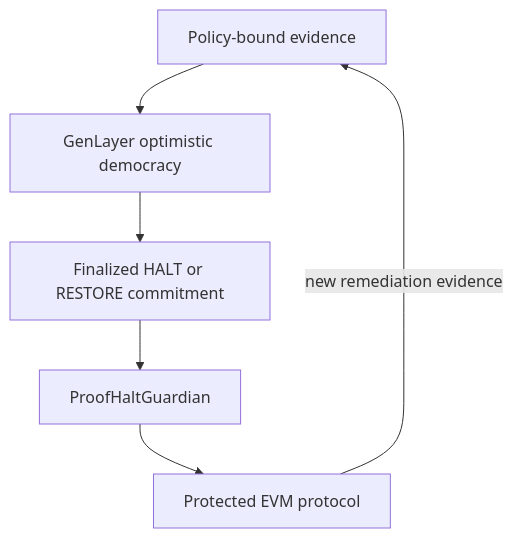
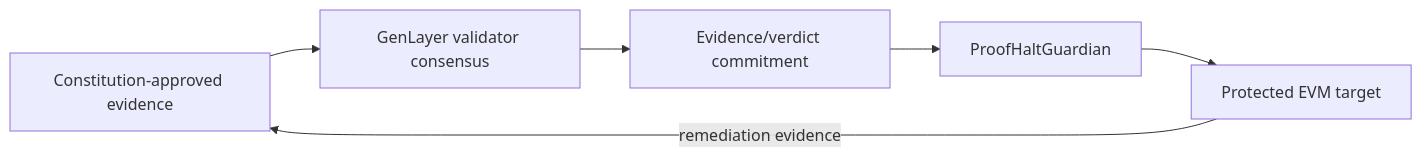
Before and after one commit to haris4587/ProofHalt: the diagram in README.md, drawn with Mermaid. The commit also changed other lines of this file, not shown here.

Commit message:
docs: refresh ProofHalt release README

````diff
--- a/README.md
+++ b/README.md
@@ -26,8 +21,8 @@
 ```mermaid
-flowchart TD
-  A[Policy-bound evidence] --> B[GenLayer optimistic democracy]
-  B --> C[Finalized HALT or RESTORE commitment]
+flowchart LR
+  A[Constitution-approved evidence] --> B[GenLayer validator consensus]
+  B --> C[Evidence/verdict commitment]
   C --> D[ProofHaltGuardian]
-  D --> E[Protected EVM protocol]
-  E -->|new remediation evidence| A
+  D --> E[Protected EVM target]
+  E -->|remediation evidence| A
 ```
````
